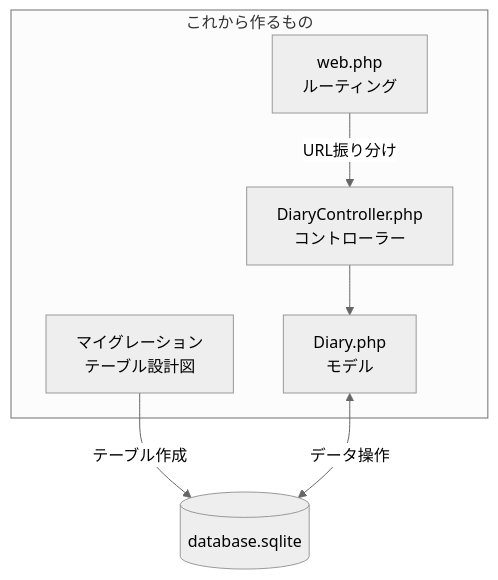
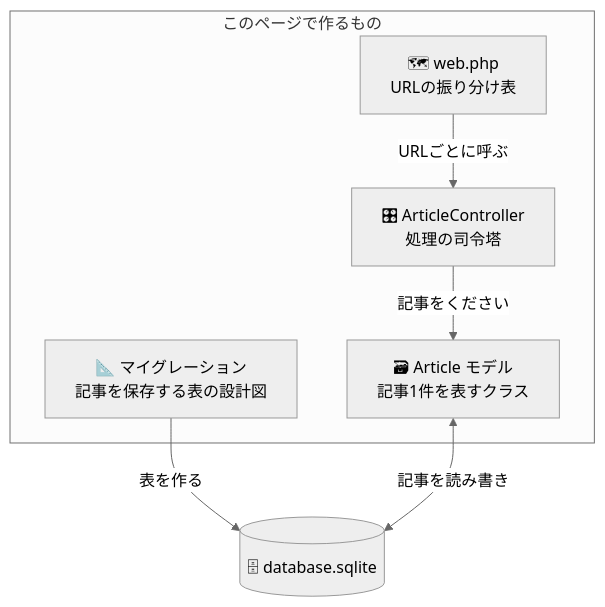
The first of 7 diagrams in guides/04.md (kou-tech/seb-hands-on), drawn with Mermaid (neutral theme) before and after one commit. The commit also changed other lines of this file and 1 other file, not shown here.

First line of the commit message:
Change: 開発編をブログアプリ（Article）に作り替え、Laravel 13 / Tailwind v4 対応

````diff
--- a/guides/04.md
+++ b/guides/04.md
@@ -131,14 +14,14 @@
 ```mermaid
 flowchart TB
-    subgraph これから作るもの
-        Model[Diary.php<br/>モデル]
-        Migration[マイグレーション<br/>テーブル設計図]
-        Controller[DiaryController.php<br/>コントローラー]
-        Route[web.php<br/>ルーティング]
+    subgraph goal["このページで作るもの"]
+        Migration["📐 マイグレーション<br/>記事を保存する表の設計図"]
+        Model["🗃 Article モデル<br/>記事1件を表すクラス"]
+        Controller["🎛 ArticleController<br/>処理の司令塔"]
+        Route["🗺 web.php<br/>URLの振り分け表"]
     end
 
-    Migration -->|テーブル作成| DB[(database.sqlite)]
-    Model <-->|データ操作| DB
-    Controller --> Model
-    Route -->|URL振り分け| Controller
+    Migration -->|表を作る| DB[("🗄 database.sqlite")]
+    Model <-->|記事を読み書き| DB
+    Controller -->|記事をください| Model
+    Route -->|URLごとに呼ぶ| Controller
 ```
````
